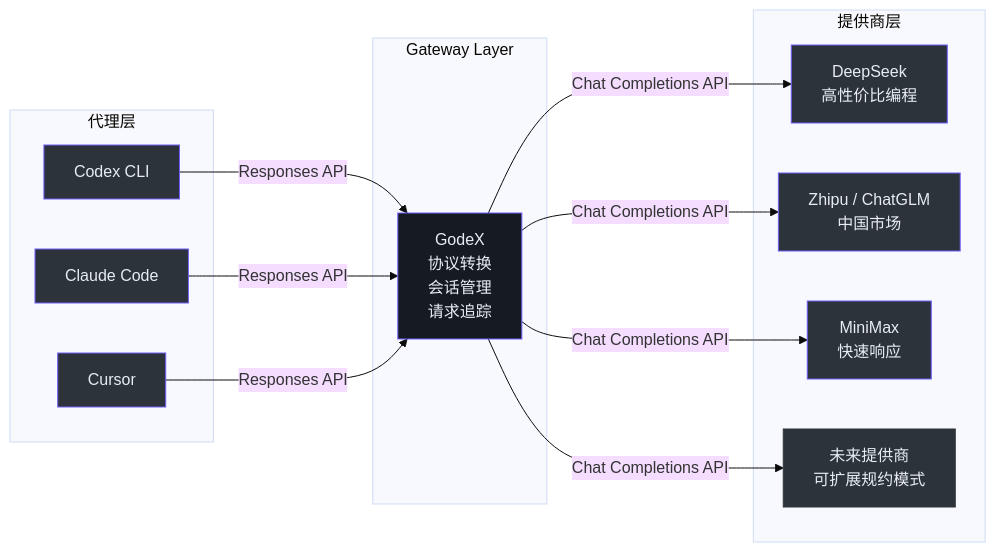
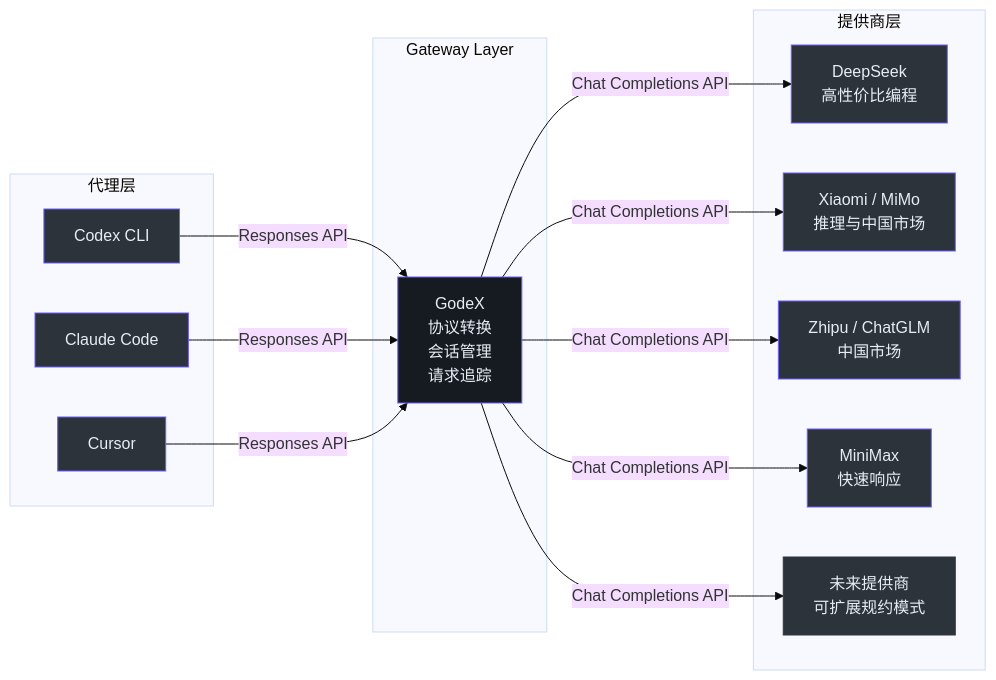
One commit to zamelee/GodeX changed the first of 3 diagrams in wiki/zh/onboarding/executive-guide.md. Above: the diagram before and after it, drawn with Mermaid (base theme). The commit also changed other lines of this file and 32 other files, not shown here.

````diff
--- a/wiki/zh/onboarding/executive-guide.md
+++ b/wiki/zh/onboarding/executive-guide.md
@@ -81,36 +81,39 @@
 ```mermaid
 graph LR
   subgraph agents["代理层"]
     CODEX["Codex CLI"]
     CLAUDE["Claude Code"]
     CURSOR["Cursor"]
   end
 
   subgraph Gateway Layer
     GODEX["GodeX<br>协议转换<br>会话管理<br>请求追踪"]
   end
 
   subgraph providers["提供商层"]
     DEEPSEEK["DeepSeek<br>高性价比编程"]
+    XIAOMI["Xiaomi / MiMo<br>推理与中国市场"]
     ZHIPU["Zhipu / ChatGLM<br>中国市场"]
     MINIMAX["MiniMax<br>快速响应"]
     FUTURE["未来提供商<br>可扩展规约模式"]
   end
 
   CODEX -->|"Responses API"| GODEX
   CLAUDE -->|"Responses API"| GODEX
   CURSOR -->|"Responses API"| GODEX
   GODEX -->|"Chat Completions API"| DEEPSEEK
+  GODEX -->|"Chat Completions API"| XIAOMI
   GODEX -->|"Chat Completions API"| ZHIPU
   GODEX -->|"Chat Completions API"| MINIMAX
   GODEX -->|"Chat Completions API"| FUTURE
 
   style GODEX fill:#161b22,stroke:#6d5dfc,color:#e6edf3
   style CODEX fill:#2d333b,stroke:#6d5dfc,color:#e6edf3
   style CLAUDE fill:#2d333b,stroke:#6d5dfc,color:#e6edf3
   style CURSOR fill:#2d333b,stroke:#6d5dfc,color:#e6edf3
   style DEEPSEEK fill:#2d333b,stroke:#6d5dfc,color:#e6edf3
+  style XIAOMI fill:#2d333b,stroke:#6d5dfc,color:#e6edf3
   style ZHIPU fill:#2d333b,stroke:#6d5dfc,color:#e6edf3
   style MINIMAX fill:#2d333b,stroke:#6d5dfc,color:#e6edf3
   style FUTURE fill:#2d333b,stroke:#30363d,color:#e6edf3
 ```
````
